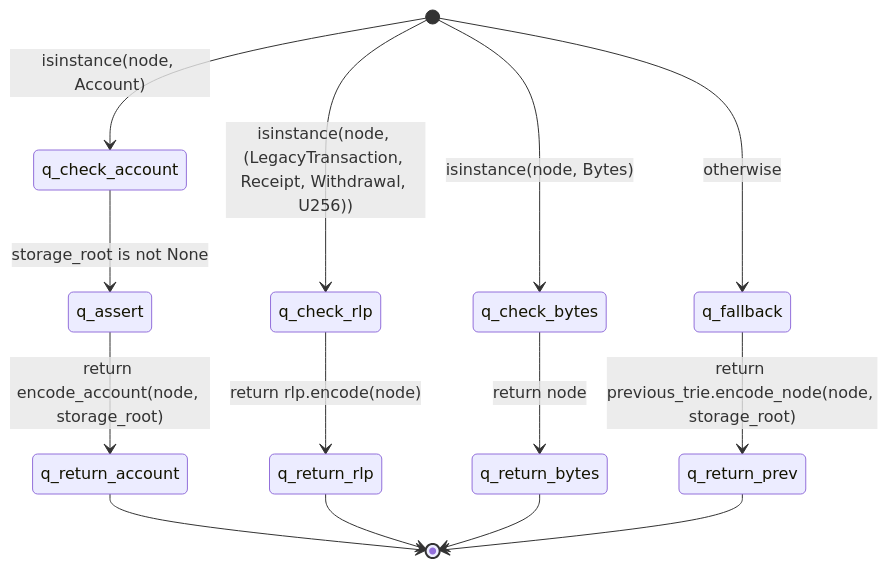
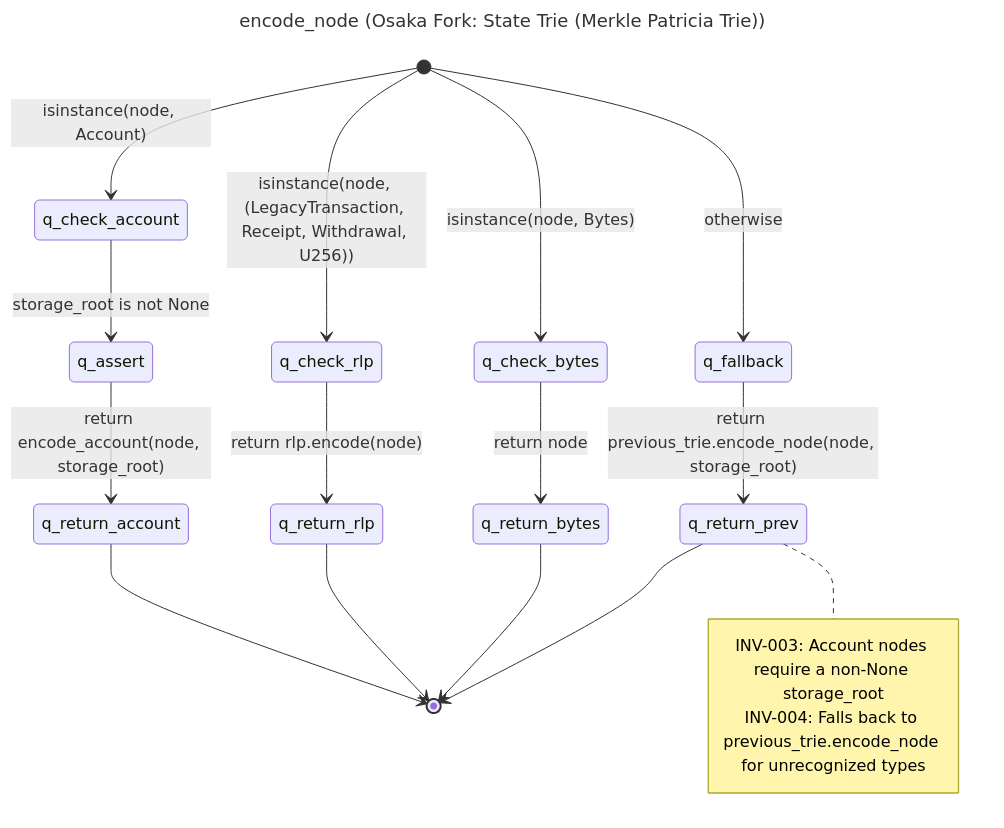
One commit to NyxFoundation/speca changed the diagram in outputs/graphs/W5B14_1770272943/osaka-trie/SG-002_encode_node.mmd. Above: the diagram before and after it, drawn with Mermaid. The commit also changed 144 other files, not shown here.

```diff
--- a/outputs/graphs/W5B14_1770272943/osaka-trie/SG-002_encode_node.mmd
+++ b/outputs/graphs/W5B14_1770272943/osaka-trie/SG-002_encode_node.mmd
@@ -1,15 +1,22 @@
+---
+title: "encode_node (Osaka Fork: State Trie (Merkle Patricia Trie))"
+---
 stateDiagram-v2
     direction TB
     [*] --> q_check_account: isinstance(node, Account)
     [*] --> q_check_rlp: isinstance(node, (LegacyTransaction, Receipt, Withdrawal, U256))
     [*] --> q_check_bytes: isinstance(node, Bytes)
     [*] --> q_fallback: otherwise
     q_check_account --> q_assert: storage_root is not None
     q_assert --> q_return_account: return encode_account(node, storage_root)
     q_check_rlp --> q_return_rlp: return rlp.encode(node)
     q_check_bytes --> q_return_bytes: return node
     q_fallback --> q_return_prev: return previous_trie.encode_node(node, storage_root)
     q_return_account --> [*]
     q_return_rlp --> [*]
     q_return_bytes --> [*]
     q_return_prev --> [*]
+    note right of q_return_prev
+        INV-003: Account nodes require a non-None storage_root
+        INV-004: Falls back to previous_trie.encode_node for unrecognized types
+    end note
```
